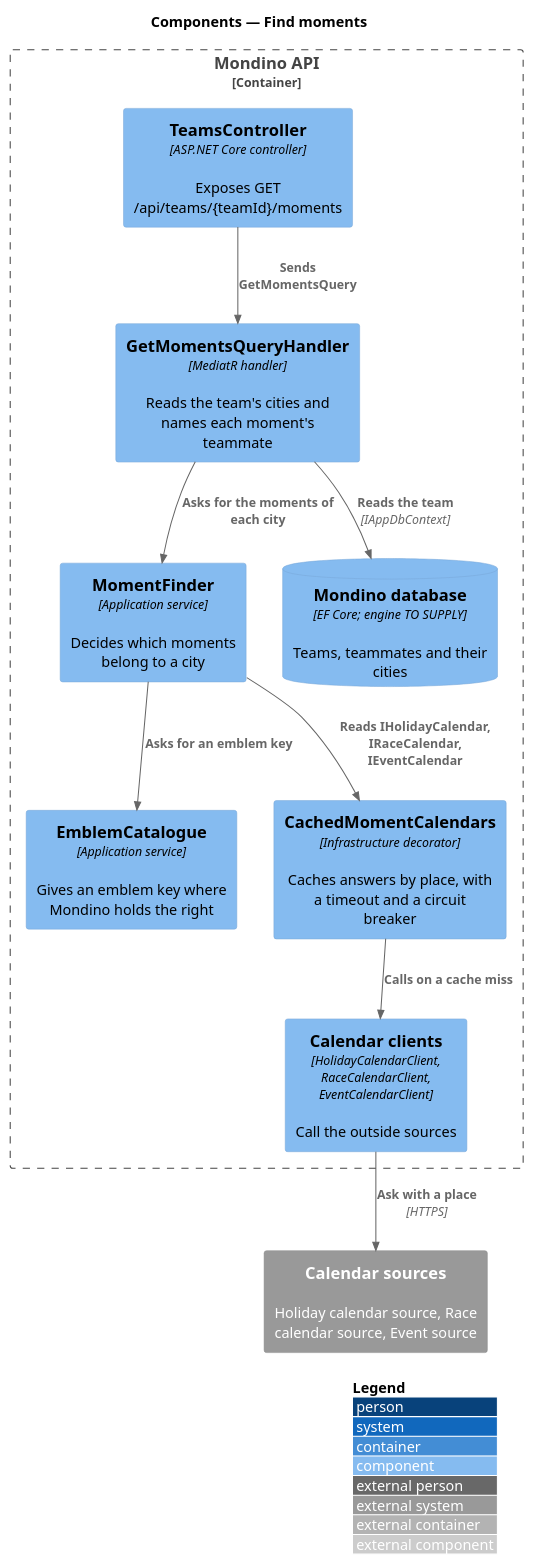
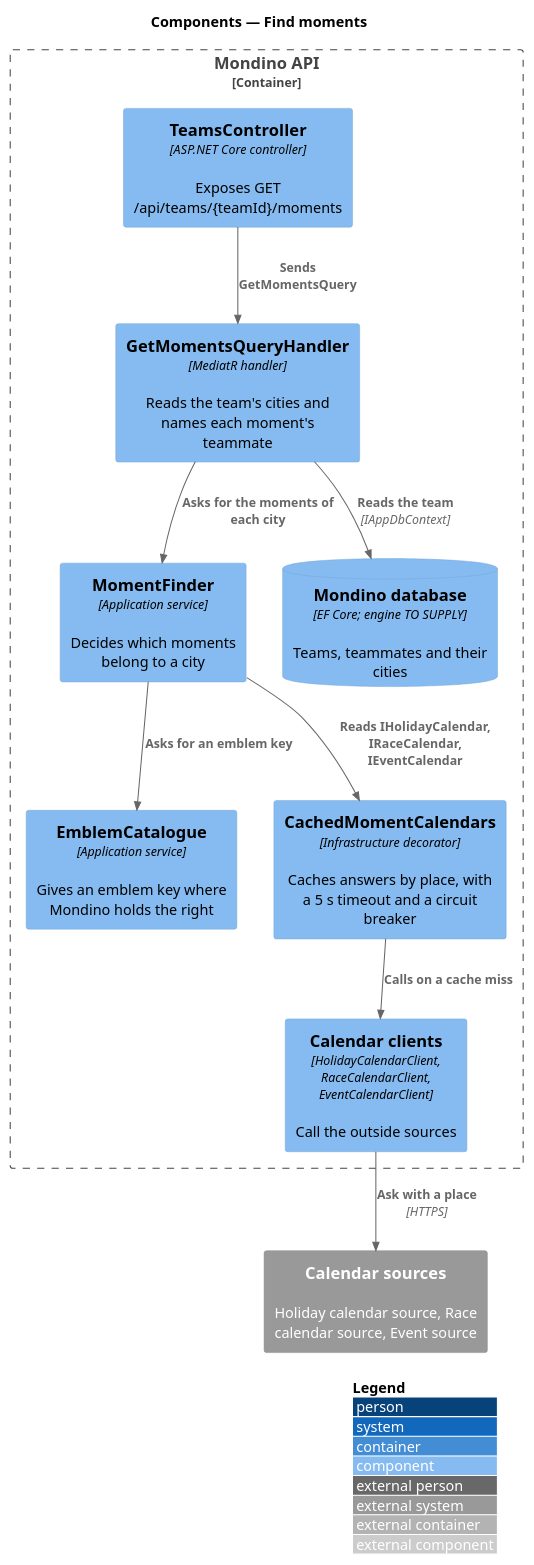
One commit to QuinntyneBrown/Mondino changed the diagram in docs/detailed-designs/moments/find-moments/diagrams/c4-component.puml. Above: the diagram before and after it, drawn with PlantUML. The commit also changed 11 other files, not shown here.

```diff
--- a/docs/detailed-designs/moments/find-moments/diagrams/c4-component.puml
+++ b/docs/detailed-designs/moments/find-moments/diagrams/c4-component.puml
@@ -1,24 +1,24 @@
 @startuml
 !include <C4/C4_Component>
 LAYOUT_WITH_LEGEND()
 title Components — Find moments
 
 Container_Boundary(api, "Mondino API") {
   Component(ctrl, "TeamsController", "ASP.NET Core controller", "Exposes GET /api/teams/{teamId}/moments")
   Component(handler, "GetMomentsQueryHandler", "MediatR handler", "Reads the team's cities and names each moment's teammate")
   Component(finder, "MomentFinder", "Application service", "Decides which moments belong to a city")
   Component(emblems, "EmblemCatalogue", "Application service", "Gives an emblem key where Mondino holds the right")
-  Component(cache, "CachedMomentCalendars", "Infrastructure decorator", "Caches answers by place, with a timeout and a circuit breaker")
+  Component(cache, "CachedMomentCalendars", "Infrastructure decorator", "Caches answers by place, with a 5 s timeout and a circuit breaker")
   Component(clients, "Calendar clients", "HolidayCalendarClient, RaceCalendarClient, EventCalendarClient", "Call the outside sources")
   ComponentDb(db, "Mondino database", "EF Core; engine TO SUPPLY", "Teams, teammates and their cities")
 }
 System_Ext(sources, "Calendar sources", "Holiday calendar source, Race calendar source, Event source")
 
 Rel(ctrl, handler, "Sends GetMomentsQuery")
 Rel(handler, db, "Reads the team", "IAppDbContext")
 Rel(handler, finder, "Asks for the moments of each city")
 Rel(finder, cache, "Reads IHolidayCalendar, IRaceCalendar, IEventCalendar")
 Rel(finder, emblems, "Asks for an emblem key")
 Rel(cache, clients, "Calls on a cache miss")
 Rel(clients, sources, "Ask with a place", "HTTPS")
 @enduml
```
